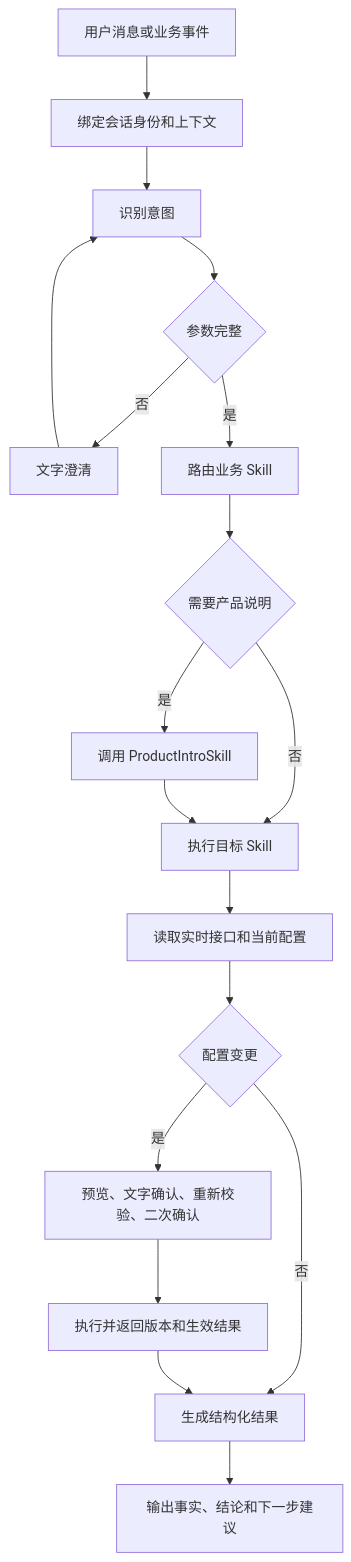
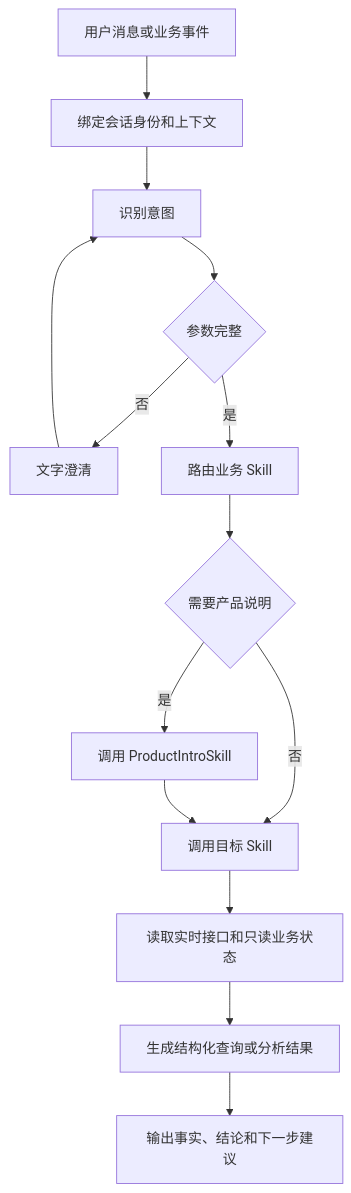
The fifth of 9 diagrams in PRD-v1.1-对话逻辑设计方案.md (hunterandrabbits-a11y/AI-Army), drawn with Mermaid before and after one commit. The commit also changed other lines of this file, not shown here.

````diff
--- a/PRD-v1.1-对话逻辑设计方案.md
+++ b/PRD-v1.1-对话逻辑设计方案.md
@@ -680,20 +665,16 @@
 ```mermaid
 flowchart TD
     A[用户消息或业务事件] --> B[绑定会话身份和上下文]
     B --> C[识别意图]
     C --> D{参数完整}
     D -->|否| E[文字澄清]
     E --> C
     D -->|是| F[路由业务 Skill]
     F --> G{需要产品说明}
     G -->|是| H[调用 ProductIntroSkill]
-    G -->|否| I[执行目标 Skill]
+    G -->|否| I[调用目标 Skill]
     H --> I
-    I --> J[读取实时接口和当前配置]
-    J --> K{配置变更}
-    K -->|是| L[预览、文字确认、重新校验、二次确认]
-    K -->|否| M[生成结构化结果]
-    L --> N[执行并返回版本和生效结果]
-    N --> M
-    M --> O[输出事实、结论和下一步建议]
+    I --> J[读取实时接口和只读业务状态]
+    J --> K[生成结构化查询或分析结果]
+    K --> L[输出事实、结论和下一步建议]
 ```
````
